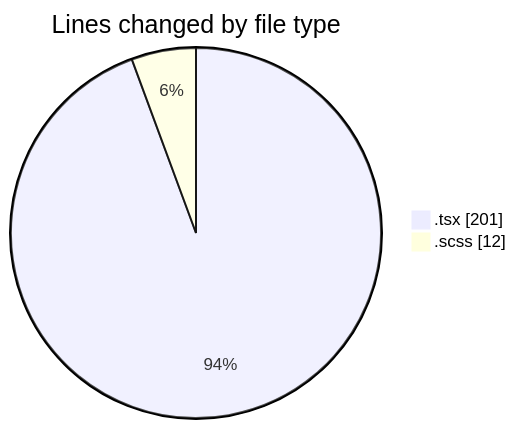
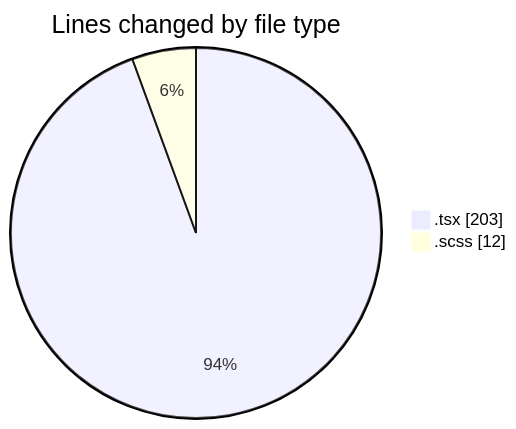
Before and after one commit to momahboobian/code-tracking: the first of 2 diagrams in 2026-06-17/cda/README.md, drawn with Mermaid. The commit also changed other lines of this file and 1 other file, not shown here.

````diff
--- a/2026-06-17/cda/README.md
+++ b/2026-06-17/cda/README.md
@@ -23,6 +23,6 @@
 ```mermaid
 pie showData
 title Lines changed by file type
-".tsx" : 201
+".tsx" : 203
 ".scss" : 12
 ```
````
